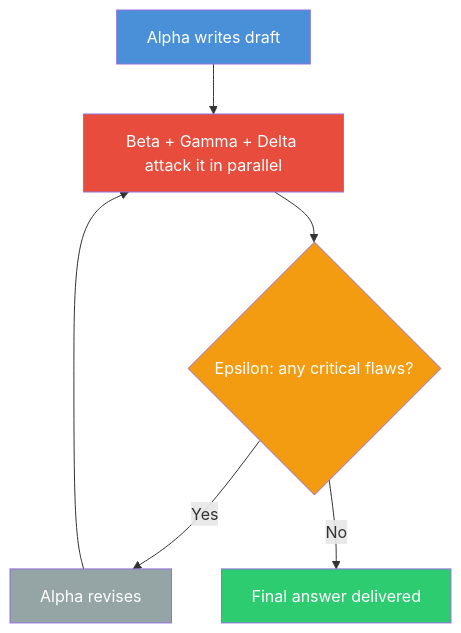
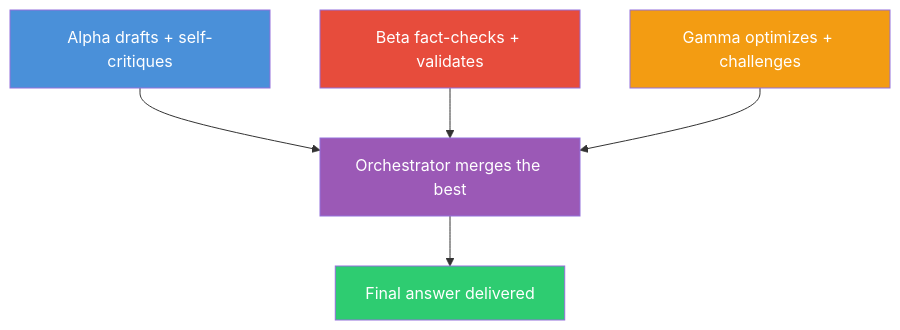
The diagram in README.md (Sentry01/LLMCouncil), drawn with Mermaid before and after one commit. The commit also changed other lines of this file and 2 other files, not shown here.

````diff
--- a/README.md
+++ b/README.md
@@ -37,14 +36,11 @@
 ```mermaid
 flowchart TD
-    A["Alpha writes draft"] --> B["Beta + Gamma + Delta attack it in parallel"]
-    B --> C{"Epsilon: any critical flaws?"}
-    C -->|"Yes"| D["Alpha revises"]
-    D --> B
-    C -->|"No"| E["Final answer delivered"]
+    A["Alpha drafts + self-critiques"] & B["Beta fact-checks + validates"] & C["Gamma optimizes + challenges"] --> D["Orchestrator merges the best"]
+    D --> E["Final answer delivered"]
 
     style A fill:#4a90d9,color:#fff
     style B fill:#e74c3c,color:#fff
     style C fill:#f39c12,color:#fff
-    style D fill:#95a5a6,color:#fff
+    style D fill:#9b59b6,color:#fff
     style E fill:#2ecc71,color:#fff
 ```
````
